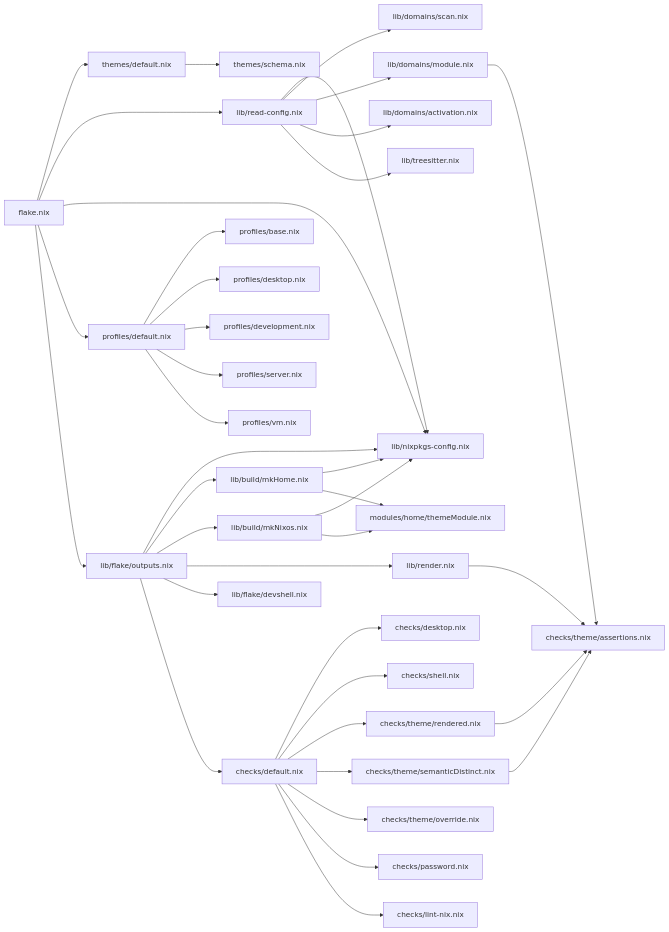
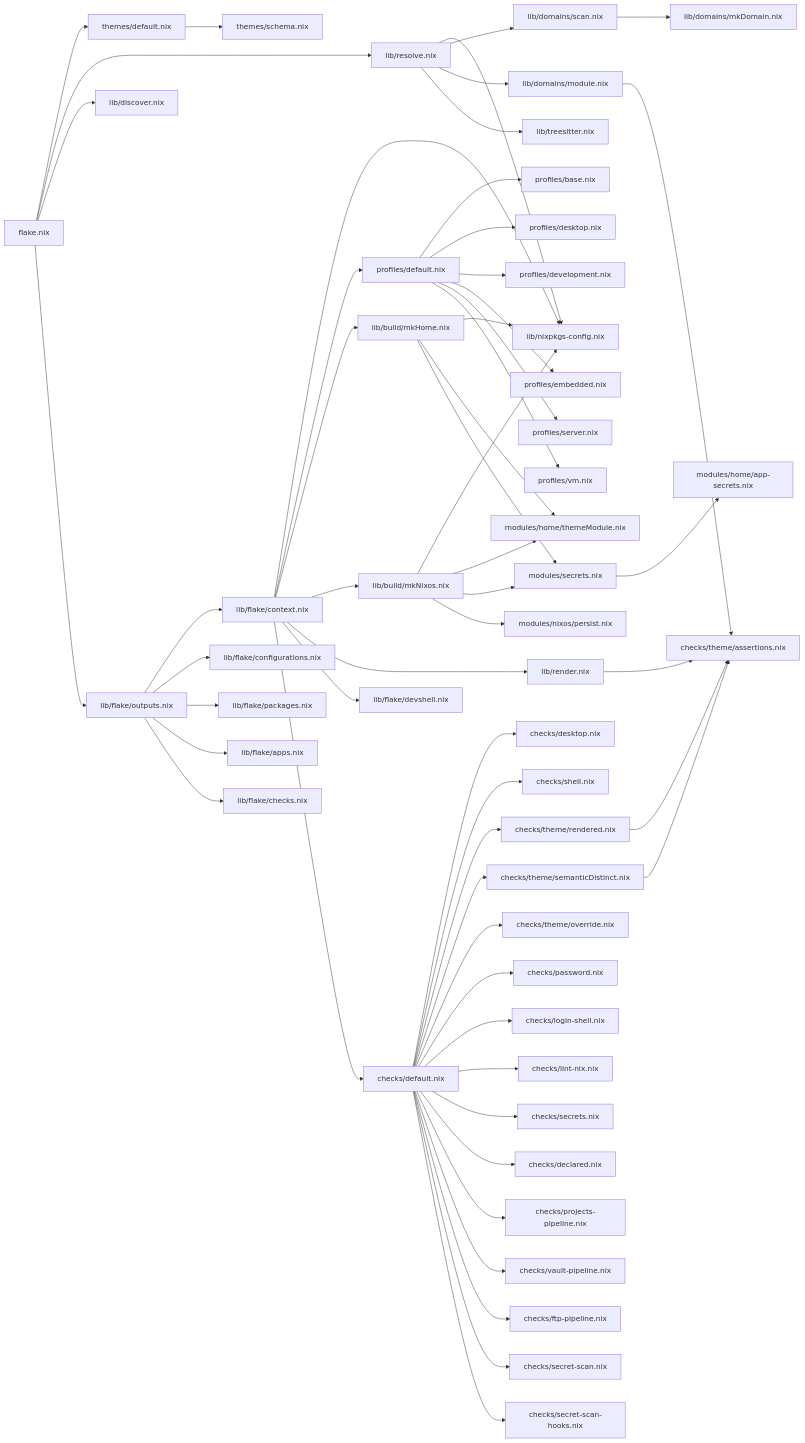
Before and after one commit to joaosimsic/angst: the diagram in analysis.md, drawn with Mermaid. The commit also changed other lines of this file and 92 other files, not shown here.

````diff
--- a/analysis.md
+++ b/analysis.md
@@ -248,40 +269,58 @@
 ```mermaid
 flowchart LR
     n0["flake.nix"] --> n1["themes/default.nix"]
     n1["themes/default.nix"] --> n2["themes/schema.nix"]
-    n0["flake.nix"] --> n3["lib/read-config.nix"]
-    n3["lib/read-config.nix"] --> n4["lib/nixpkgs-config.nix"]
-    n3["lib/read-config.nix"] --> n5["lib/domains/scan.nix"]
-    n3["lib/read-config.nix"] --> n6["lib/domains/module.nix"]
-    n6["lib/domains/module.nix"] --> n7["checks/theme/assertions.nix"]
-    n3["lib/read-config.nix"] --> n8["lib/domains/activation.nix"]
-    n3["lib/read-config.nix"] --> n9["lib/treesitter.nix"]
-    n0["flake.nix"] --> n4["lib/nixpkgs-config.nix"]
-    n0["flake.nix"] --> n10["profiles/default.nix"]
-    n10["profiles/default.nix"] --> n11["profiles/base.nix"]
-    n10["profiles/default.nix"] --> n12["profiles/desktop.nix"]
-    n10["profiles/default.nix"] --> n13["profiles/development.nix"]
-    n10["profiles/default.nix"] --> n14["profiles/server.nix"]
-    n10["profiles/default.nix"] --> n15["profiles/vm.nix"]
-    n0["flake.nix"] --> n16["lib/flake/outputs.nix"]
-    n16["lib/flake/outputs.nix"] --> n4["lib/nixpkgs-config.nix"]
-    n16["lib/flake/outputs.nix"] --> n17["lib/build/mkHome.nix"]
-    n17["lib/build/mkHome.nix"] --> n4["lib/nixpkgs-config.nix"]
-    n17["lib/build/mkHome.nix"] --> n18["modules/home/themeModule.nix"]
-    n16["lib/flake/outputs.nix"] --> n19["lib/build/mkNixos.nix"]
-    n19["lib/build/mkNixos.nix"] --> n4["lib/nixpkgs-config.nix"]
-    n19["lib/build/mkNixos.nix"] --> n18["modules/home/themeModule.nix"]
-    n16["lib/flake/outputs.nix"] --> n20["lib/render.nix"]
-    n20["lib/render.nix"] --> n7["checks/theme/assertions.nix"]
-    n16["lib/flake/outputs.nix"] --> n21["lib/flake/devshell.nix"]
-    n16["lib/flake/outputs.nix"] --> n22["checks/default.nix"]
-    n22["checks/default.nix"] --> n23["checks/desktop.nix"]
-    n22["checks/default.nix"] --> n24["checks/shell.nix"]
-    n22["checks/default.nix"] --> n25["checks/theme/rendered.nix"]
-    n25["checks/theme/rendered.nix"] --> n7["checks/theme/assertions.nix"]
-    n22["checks/default.nix"] --> n26["checks/theme/semanticDistinct.nix"]
-    n26["checks/theme/semanticDistinct.nix"] --> n7["checks/theme/assertions.nix"]
-    n22["checks/default.nix"] --> n27["checks/theme/override.nix"]
-    n22["checks/default.nix"] --> n28["checks/password.nix"]
-    n22["checks/default.nix"] --> n29["checks/lint-nix.nix"]
+    n0["flake.nix"] --> n3["lib/resolve.nix"]
+    n3["lib/resolve.nix"] --> n4["lib/nixpkgs-config.nix"]
+    n3["lib/resolve.nix"] --> n5["lib/domains/scan.nix"]
+    n5["lib/domains/scan.nix"] --> n6["lib/domains/mkDomain.nix"]
+    n3["lib/resolve.nix"] --> n7["lib/domains/module.nix"]
+    n7["lib/domains/module.nix"] --> n8["checks/theme/assertions.nix"]
+    n3["lib/resolve.nix"] --> n9["lib/treesitter.nix"]
+    n0["flake.nix"] --> n10["lib/discover.nix"]
+    n0["flake.nix"] --> n11["lib/flake/outputs.nix"]
+    n11["lib/flake/outputs.nix"] --> n12["lib/flake/context.nix"]
+    n12["lib/flake/context.nix"] --> n4["lib/nixpkgs-config.nix"]
+    n12["lib/flake/context.nix"] --> n13["profiles/default.nix"]
+    n13["profiles/default.nix"] --> n14["profiles/base.nix"]
+    n13["profiles/default.nix"] --> n15["profiles/desktop.nix"]
+    n13["profiles/default.nix"] --> n16["profiles/development.nix"]
+    n13["profiles/default.nix"] --> n17["profiles/embedded.nix"]
+    n13["profiles/default.nix"] --> n18["profiles/server.nix"]
+    n13["profiles/default.nix"] --> n19["profiles/vm.nix"]
+    n12["lib/flake/context.nix"] --> n20["lib/build/mkHome.nix"]
+    n20["lib/build/mkHome.nix"] --> n4["lib/nixpkgs-config.nix"]
+    n20["lib/build/mkHome.nix"] --> n21["modules/home/themeModule.nix"]
+    n20["lib/build/mkHome.nix"] --> n22["modules/secrets.nix"]
+    n22["modules/secrets.nix"] --> n23["modules/home/app-secrets.nix"]
+    n12["lib/flake/context.nix"] --> n24["lib/build/mkNixos.nix"]
+    n24["lib/build/mkNixos.nix"] --> n4["lib/nixpkgs-config.nix"]
+    n24["lib/build/mkNixos.nix"] --> n21["modules/home/themeModule.nix"]
+    n24["lib/build/mkNixos.nix"] --> n22["modules/secrets.nix"]
+    n24["lib/build/mkNixos.nix"] --> n25["modules/nixos/persist.nix"]
+    n12["lib/flake/context.nix"] --> n26["lib/render.nix"]
+    n26["lib/render.nix"] --> n8["checks/theme/assertions.nix"]
+    n12["lib/flake/context.nix"] --> n27["lib/flake/devshell.nix"]
+    n12["lib/flake/context.nix"] --> n28["checks/default.nix"]
+    n28["checks/default.nix"] --> n29["checks/desktop.nix"]
+    n28["checks/default.nix"] --> n30["checks/shell.nix"]
+    n28["checks/default.nix"] --> n31["checks/theme/rendered.nix"]
+    n31["checks/theme/rendered.nix"] --> n8["checks/theme/assertions.nix"]
+    n28["checks/default.nix"] --> n32["checks/theme/semanticDistinct.nix"]
+    n32["checks/theme/semanticDistinct.nix"] --> n8["checks/theme/assertions.nix"]
+    n28["checks/default.nix"] --> n33["checks/theme/override.nix"]
+    n28["checks/default.nix"] --> n34["checks/password.nix"]
+    n28["checks/default.nix"] --> n35["checks/login-shell.nix"]
+    n28["checks/default.nix"] --> n36["checks/lint-nix.nix"]
+    n28["checks/default.nix"] --> n37["checks/secrets.nix"]
+    n28["checks/default.nix"] --> n38["checks/declared.nix"]
+    n28["checks/default.nix"] --> n39["checks/projects-pipeline.nix"]
+    n28["checks/default.nix"] --> n40["checks/vault-pipeline.nix"]
+    n28["checks/default.nix"] --> n41["checks/ftp-pipeline.nix"]
+    n28["checks/default.nix"] --> n42["checks/secret-scan.nix"]
+    n28["checks/default.nix"] --> n43["checks/secret-scan-hooks.nix"]
+    n11["lib/flake/outputs.nix"] --> n44["lib/flake/configurations.nix"]
+    n11["lib/flake/outputs.nix"] --> n45["lib/flake/packages.nix"]
+    n11["lib/flake/outputs.nix"] --> n46["lib/flake/apps.nix"]
+    n11["lib/flake/outputs.nix"] --> n47["lib/flake/checks.nix"]
 ```
````
